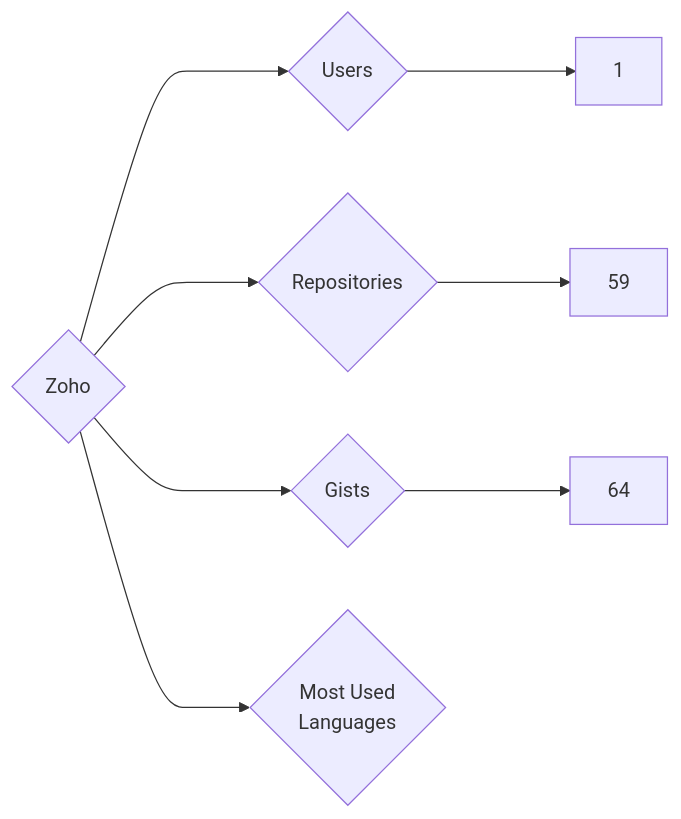
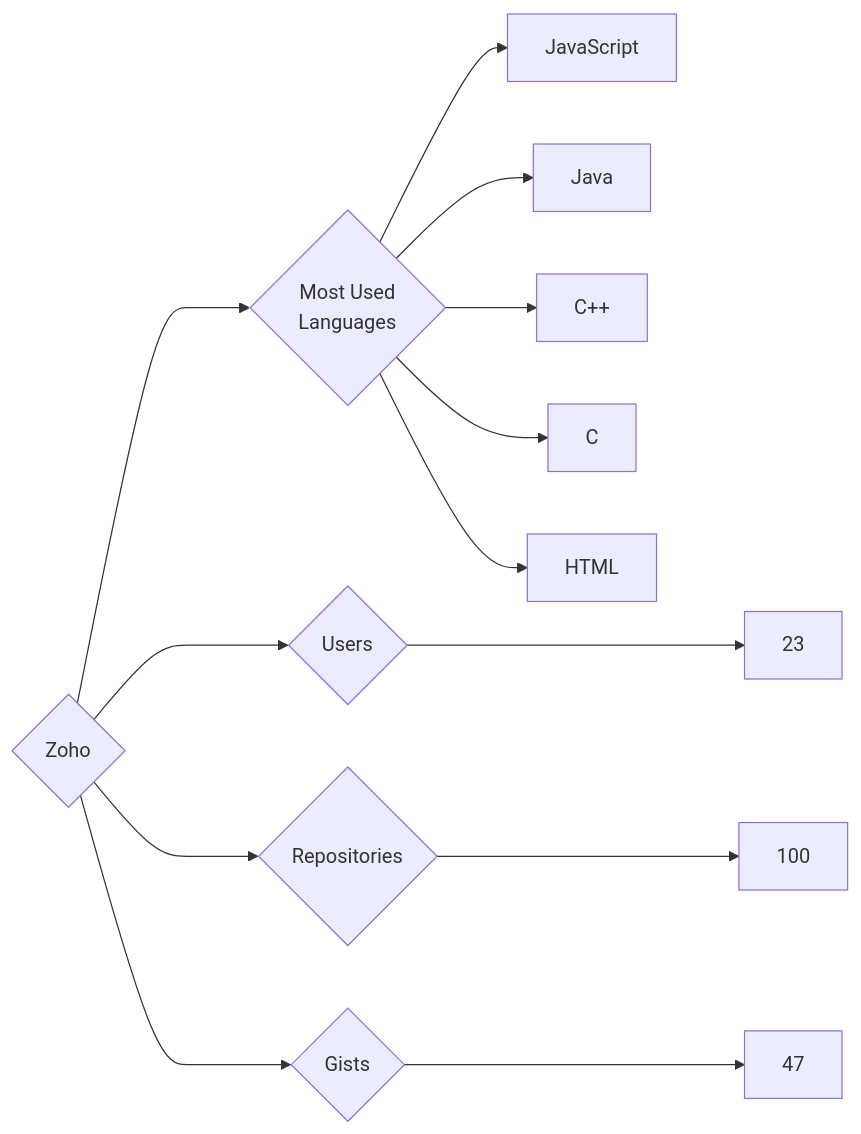
One commit to trickest/insiders changed the diagram in targets/Zoho/README.md. Above: the diagram before and after it, drawn with Mermaid. The commit also changed 851 other files, not shown here.

````diff
--- a/targets/Zoho/README.md
+++ b/targets/Zoho/README.md
@@ -3,8 +3,13 @@
 ```mermaid
 graph LR
 COMPANY_NAME{Zoho}
-COMPANY_NAME ---> U{Users} ---> UN[1]
-COMPANY_NAME ---> R{Repositories} ---> RN[59]
-COMPANY_NAME ---> G{Gists} ---> GN[64]
+COMPANY_NAME ---> U{Users} ---> UN[23]
+COMPANY_NAME ---> R{Repositories} ---> RN[100]
+COMPANY_NAME ---> G{Gists} ---> GN[47]
 COMPANY_NAME ---> ML{Most Used<br>Languages}
+ML --> JavaScript[JavaScript]
+ML --> Java[Java]
+ML --> C++[C++]
+ML --> C[C]
+ML --> HTML[HTML]
 ```
````
